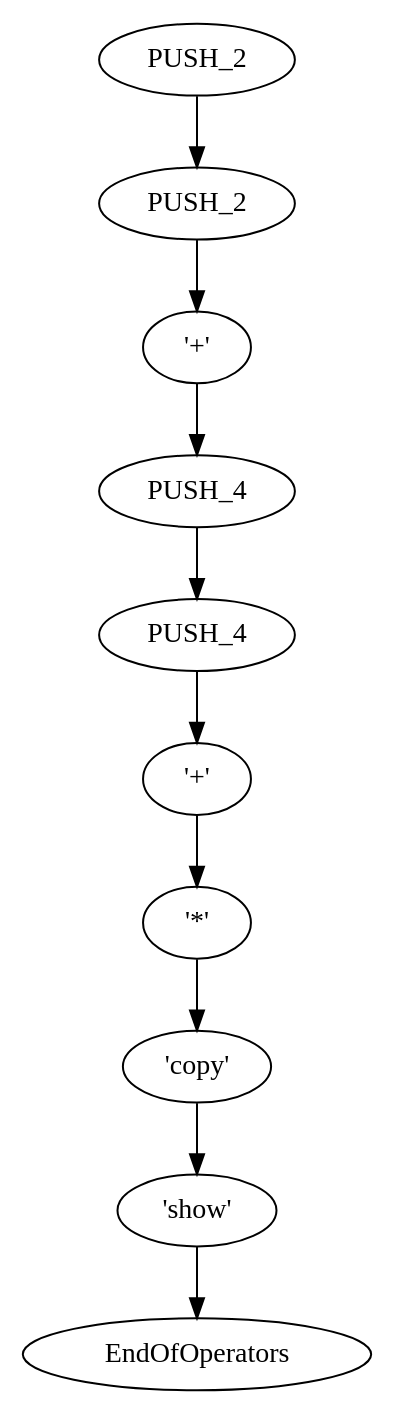
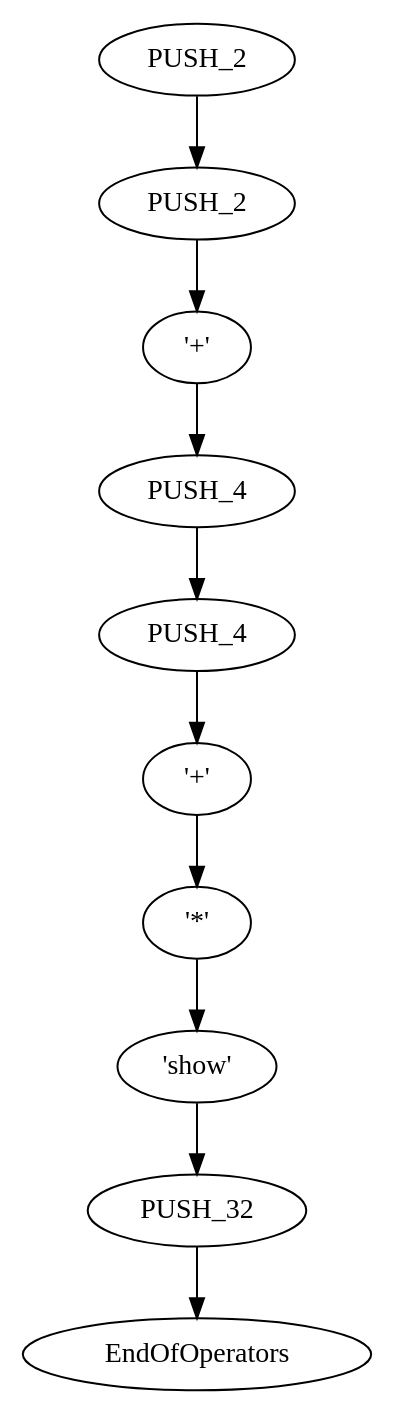
The diagram in src/examples/stack_example.mspl.dot (gofralang/gofra), drawn with Graphviz before and after one commit. The commit also changed 4 other files, not shown here.

```diff
--- a/src/examples/stack_example.mspl.dot
+++ b/src/examples/stack_example.mspl.dot
@@ -1,21 +1,21 @@
 digraph Source{
    Operator_0 [label=PUSH_2];
    Operator_0 -> Operator_1;
    Operator_1 [label=PUSH_2];
    Operator_1 -> Operator_2;
    Operator_2 [label="'+'"];
    Operator_2 -> Operator_3;
    Operator_3 [label=PUSH_4];
    Operator_3 -> Operator_4;
    Operator_4 [label=PUSH_4];
    Operator_4 -> Operator_5;
    Operator_5 [label="'+'"];
    Operator_5 -> Operator_6;
    Operator_6 [label="'*'"];
    Operator_6 -> Operator_7;
-   Operator_7 [label="'copy'"];
+   Operator_7 [label="'show'"];
    Operator_7 -> Operator_8;
-   Operator_8 [label="'show'"];
+   Operator_8 [label=PUSH_32];
    Operator_8 -> Operator_9;
    Operator_9 [label="EndOfOperators"];
 }
```
